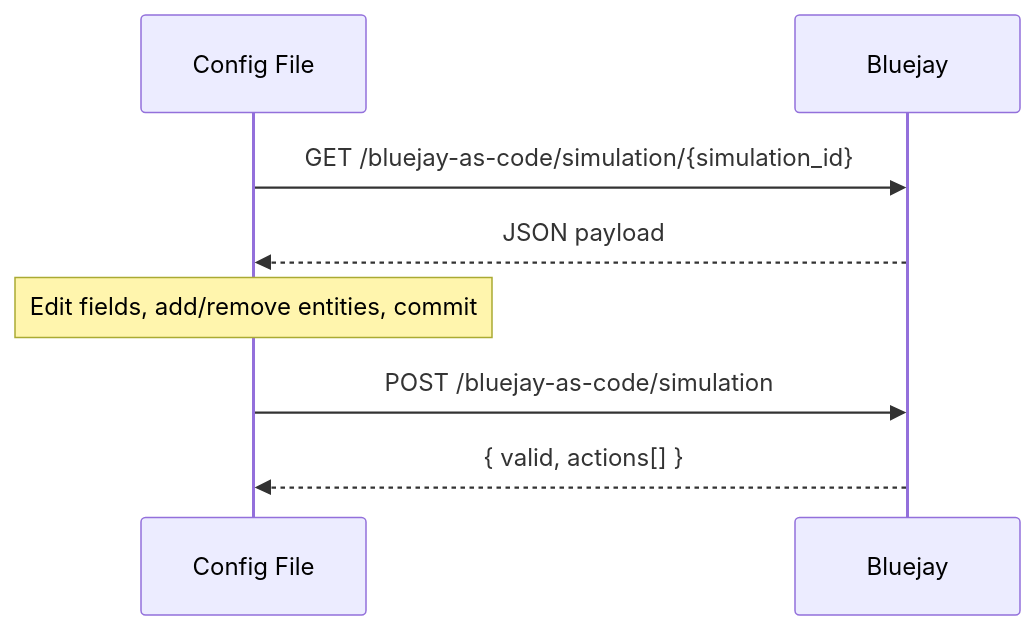
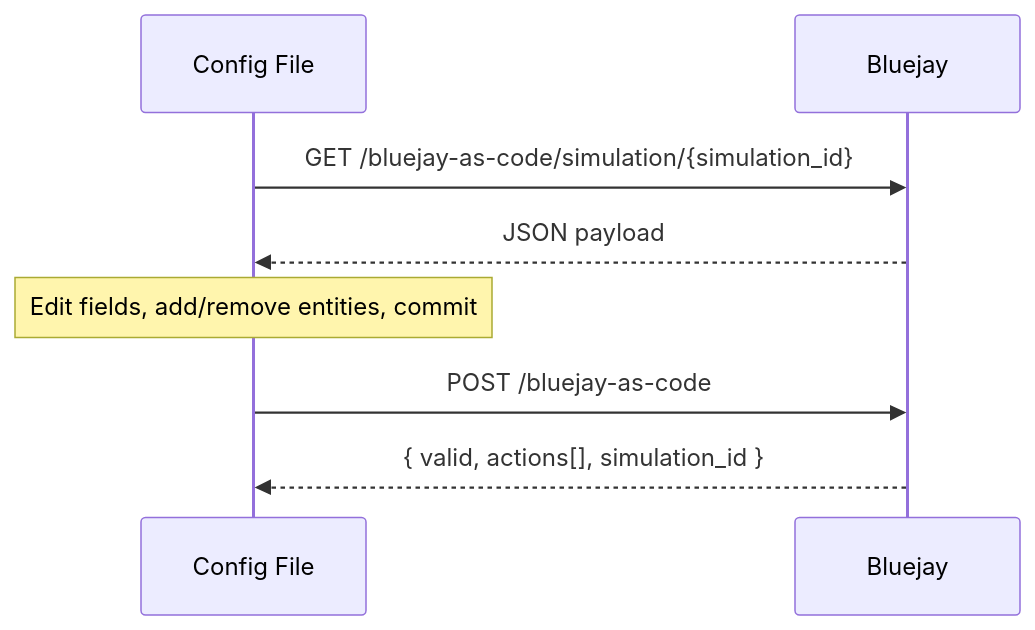
The diagram in cookbook/bluejay-as-code.mdx (bluejay-ai-dev/docs), drawn with Mermaid before and after one commit. The commit also changed other lines of this file and 3 other files, not shown here.

First line of the commit message:
docs(bac): update Bluejay as Code endpoints to {root_type}/{root_id} and unified push path

````diff
--- a/cookbook/bluejay-as-code.mdx
+++ b/cookbook/bluejay-as-code.mdx
@@ -15,11 +15,11 @@
 ```mermaid
 sequenceDiagram
     participant Config File
     participant Bluejay
 
     Config File->>Bluejay: GET /bluejay-as-code/simulation/{simulation_id}
     Bluejay-->>Config File: JSON payload
     note over Config File: Edit fields, add/remove entities, commit
-    Config File->>Bluejay: POST /bluejay-as-code/simulation
-    Bluejay-->>Config File: { valid, actions[] }
+    Config File->>Bluejay: POST /bluejay-as-code
+    Bluejay-->>Config File: { valid, actions[], simulation_id }
 ```
````
